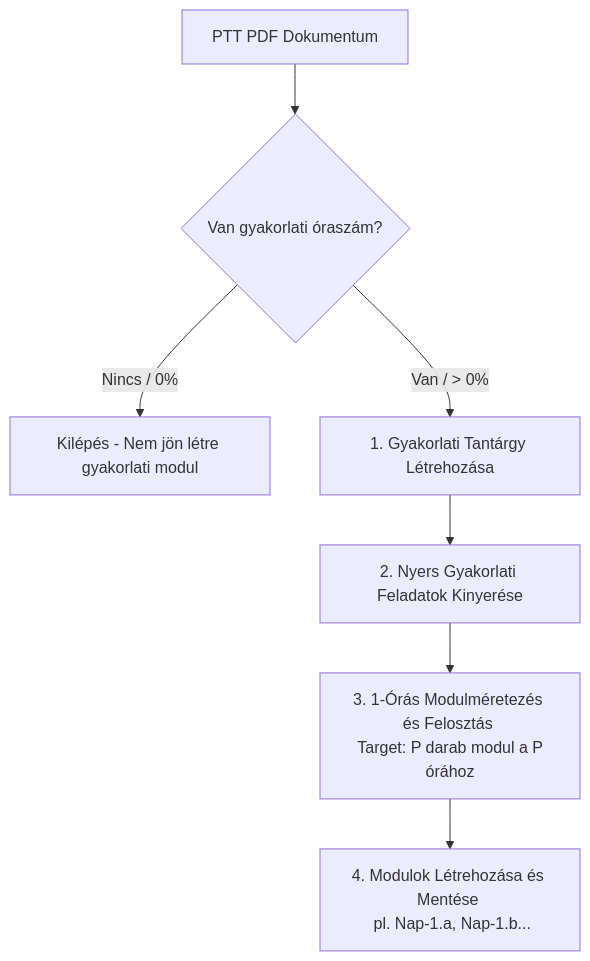
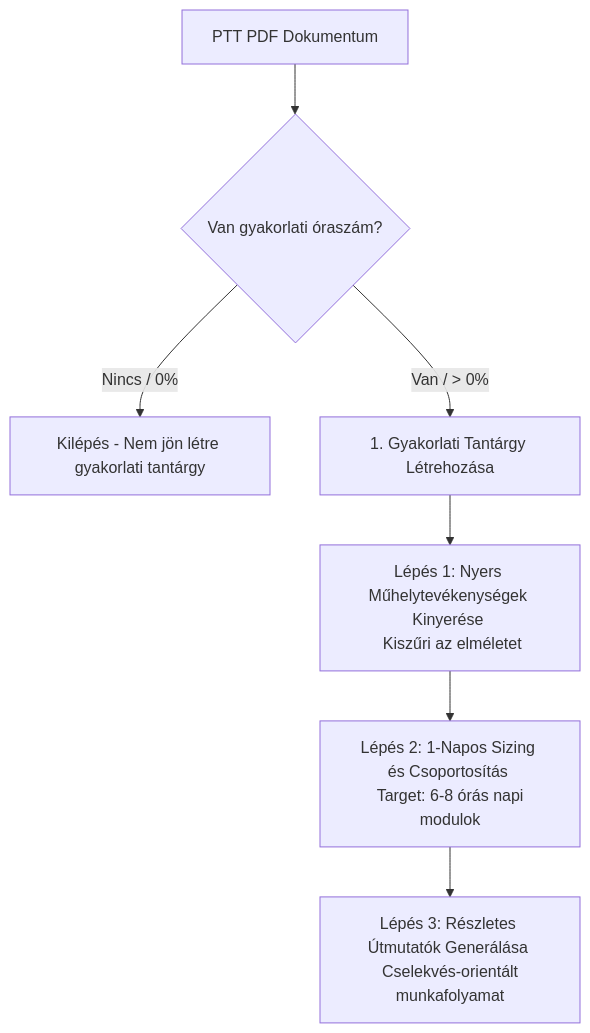
One commit to AutoKobot/weboldal changed the diagram in docs/developer/practical-extraction-logic.md. Above: the diagram before and after it, drawn with Mermaid. The commit also changed other lines of this file and 3 other files, not shown here.

````diff
--- a/docs/developer/practical-extraction-logic.md
+++ b/docs/developer/practical-extraction-logic.md
@@ -21,10 +21,10 @@
 ```mermaid
 graph TD
     A[PTT PDF Dokumentum] --> B{Van gyakorlati óraszám?}
-    B -- Nincs / 0% --> C[Kilépés - Nem jön létre gyakorlati modul]
+    B -- Nincs / 0% --> C[Kilépés - Nem jön létre gyakorlati tantárgy]
     B -- Van / > 0% --> D[1. Gyakorlati Tantárgy Létrehozása]
     
-    D --> E[2. Nyers Gyakorlati Feladatok Kinyerése]
-    E --> F[3. 1-Órás Modulméretezés és Felosztás <br> Target: P darab modul a P órához]
-    F --> G[4. Modulok Létrehozása és Mentése <br> pl. Nap-1.a, Nap-1.b...]
+    D --> E[Lépés 1: Nyers Műhelytevékenységek Kinyerése <br> Kiszűri az elméletet]
+    E --> F[Lépés 2: 1-Napos Sizing és Csoportosítás <br> Target: 6-8 órás napi modulok]
+    F --> G[Lépés 3: Részletes Útmutatók Generálása <br> Cselekvés-orientált munkafolyamat]
 ```
````
